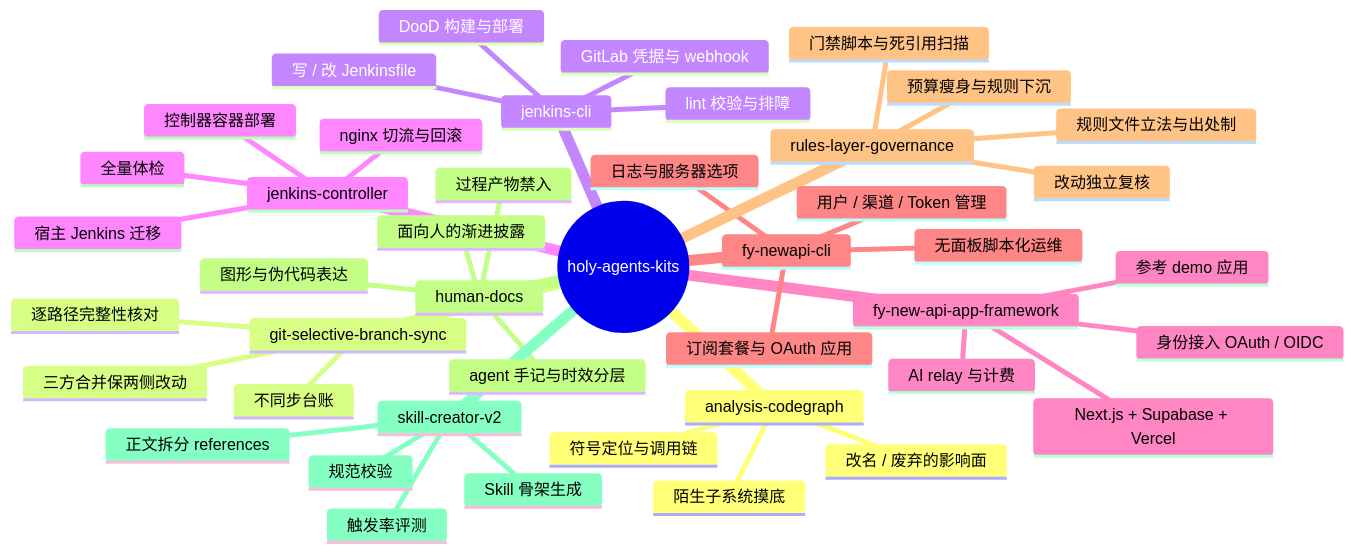
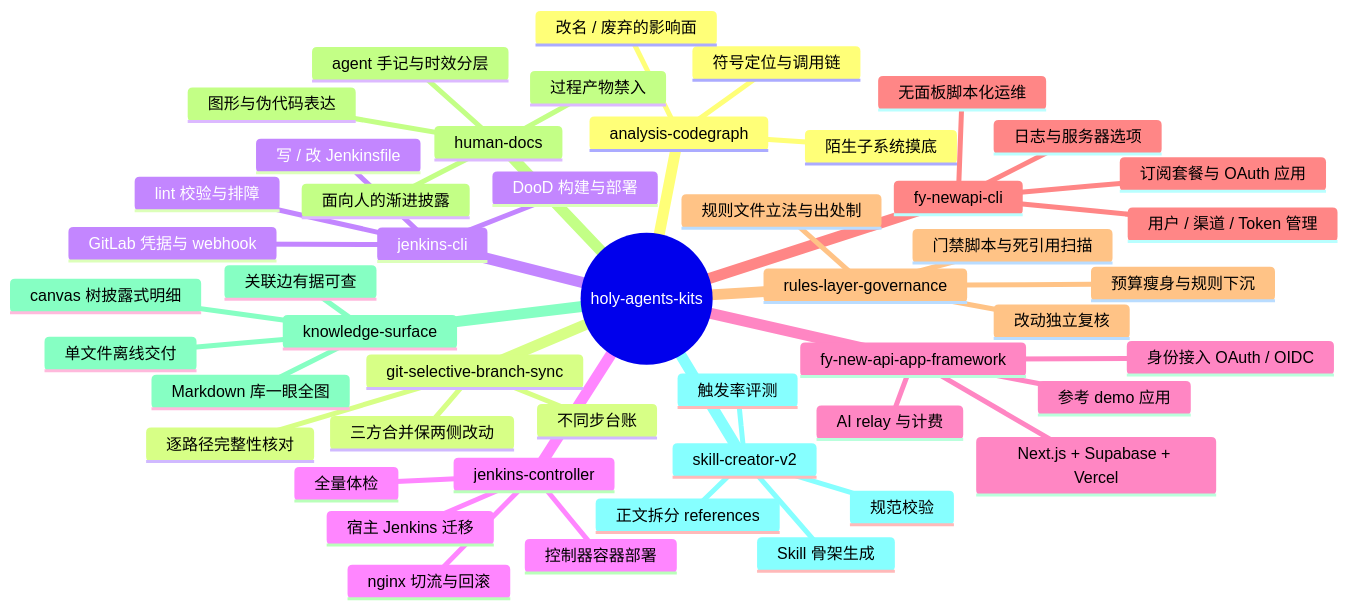
Before and after one commit to monsterbude123/holy-agents-kits: the diagram in README.md, drawn with Mermaid. The commit also changed other lines of this file and 11 other files, not shown here.

First line of the commit message:
feat: 新增知识可视化技能 knowledge-surface，发布 0.5.0

````diff
--- a/README.md
+++ b/README.md
@@ -13,47 +13,52 @@
 ```mermaid
 mindmap
   root((holy-agents-kits))
     analysis-codegraph
       符号定位与调用链
       改名 / 废弃的影响面
       陌生子系统摸底
     git-selective-branch-sync
       三方合并保两侧改动
       不同步台账
       逐路径完整性核对
     jenkins-cli
       写 / 改 Jenkinsfile
       DooD 构建与部署
       GitLab 凭据与 webhook
       lint 校验与排障
     jenkins-controller
       控制器容器部署
       宿主 Jenkins 迁移
       nginx 切流与回滚
       全量体检
     fy-new-api-app-framework
       身份接入 OAuth / OIDC
       AI relay 与计费
       Next.js + Supabase + Vercel
       参考 demo 应用
     fy-newapi-cli
       用户 / 渠道 / Token 管理
       日志与服务器选项
       订阅套餐与 OAuth 应用
       无面板脚本化运维
     rules-layer-governance
       规则文件立法与出处制
       预算瘦身与规则下沉
       门禁脚本与死引用扫描
       改动独立复核
     human-docs
       面向人的渐进披露
       图形与伪代码表达
       过程产物禁入
       agent 手记与时效分层
+    knowledge-surface
+      Markdown 库一眼全图
+      canvas 树披露式明细
+      关联边有据可查
+      单文件离线交付
     skill-creator-v2
       Skill 骨架生成
       正文拆分 references
       规范校验
       触发率评测
 ```
````
